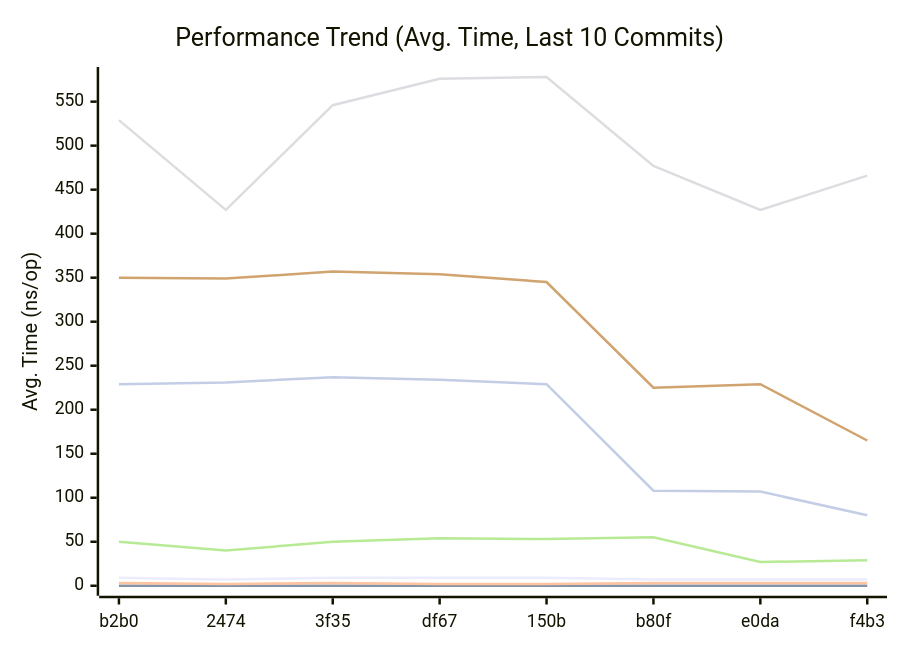
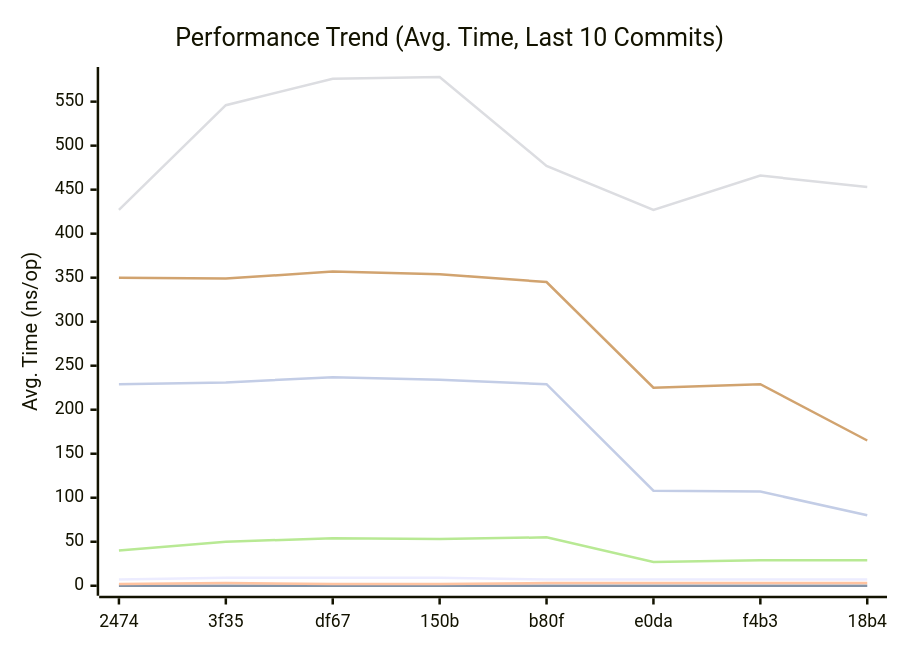
One commit to alsotoes/momo changed the first of 3 diagrams in docs/README.md. Above: the diagram before and after it, drawn with Mermaid. The commit also changed other lines of this file and 1 other file, not shown here.

````diff
--- a/docs/README.md
+++ b/docs/README.md
@@ -153,14 +153,14 @@
 ```mermaid
 xychart-beta
     title "Performance Trend (Avg. Time, Last 10 Commits)"
     x-axis "Commit"
     y-axis "Avg. Time (ns/op)"
-    x-axis [b2b0,2474,3f35,df67,150b,b80f,e0da,f4b3]
-    line "CheckMetricsAndSwap" [9,7,9,9,9,7,7,7,7,7]
+    x-axis [2474,3f35,df67,150b,b80f,e0da,f4b3,18b4]
+    line "CheckMetricsAndSwap" [7,9,9,9,7,7,7,7,7,5]
     line "IndexDirectTracking" [0,0,0,0,0,0,0,0,0,0]
-    line "IndexSearch" [3,2,3,2,2,3,3,3,3,2]
-    line "LoadGlobalConfig" [529,427,546,576,578,477,427,466,453,431]
-    line "PadString" [50,40,50,54,53,55,27,29,29,1]
+    line "IndexSearch" [2,3,2,2,3,3,3,3,2,4]
+    line "LoadGlobalConfig" [427,546,576,578,477,427,466,453,431,418]
+    line "PadString" [40,50,54,53,55,27,29,29,1,1]
     line "ParseReplicationOrder_NoPrealloc" [350,349,357,354,345,225,229,165,232,234]
     line "ParseReplicationOrder_Prealloc" [229,231,237,234,229,108,107,80,110,109]
 ```
````
